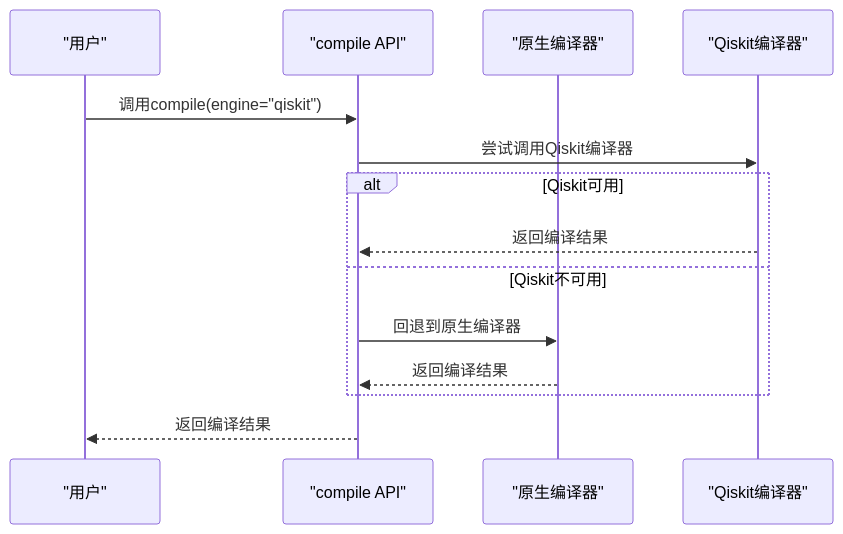
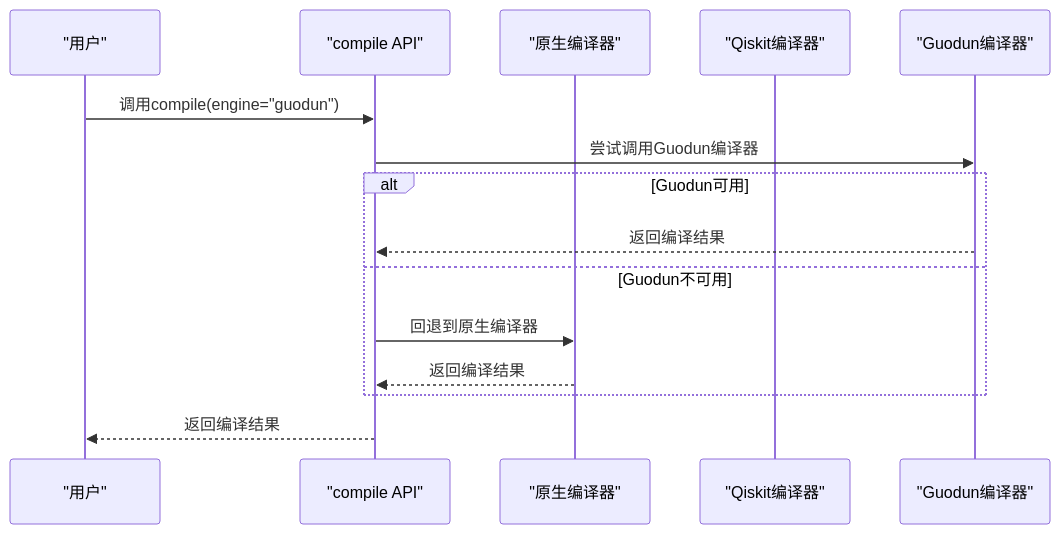
Diagram 12 of 12 in .qoder/repowiki/zh/content/编译引擎/编译引擎.md (QureGenAI-Biotech/TyxonQ), drawn with Mermaid before and after one commit. The commit also changed other lines of this file and 9 other files, not shown here.

````diff
--- a/.qoder/repowiki/zh/content/编译引擎/编译引擎.md
+++ b/.qoder/repowiki/zh/content/编译引擎/编译引擎.md
@@ -245,16 +331,17 @@
 ```mermaid
 sequenceDiagram
 participant User as "用户"
 participant API as "compile API"
 participant Native as "原生编译器"
 participant Qiskit as "Qiskit编译器"
-User->>API : 调用compile(engine="qiskit")
-API->>Qiskit : 尝试调用Qiskit编译器
-alt Qiskit可用
-Qiskit-->>API : 返回编译结果
-else Qiskit不可用
+participant Guodun as "Guodun编译器"
+User->>API : 调用compile(engine="guodun")
+API->>Guodun : 尝试调用Guodun编译器
+alt Guodun可用
+Guodun-->>API : 返回编译结果
+else Guodun不可用
 API->>Native : 回退到原生编译器
 Native-->>API : 返回编译结果
 end
 API-->>User : 返回编译结果
 ```
````
